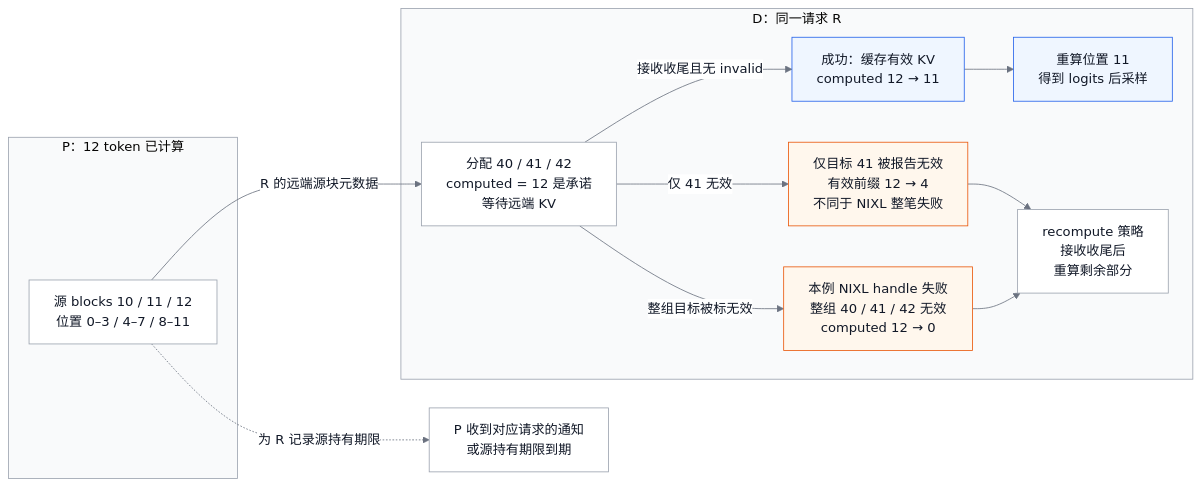
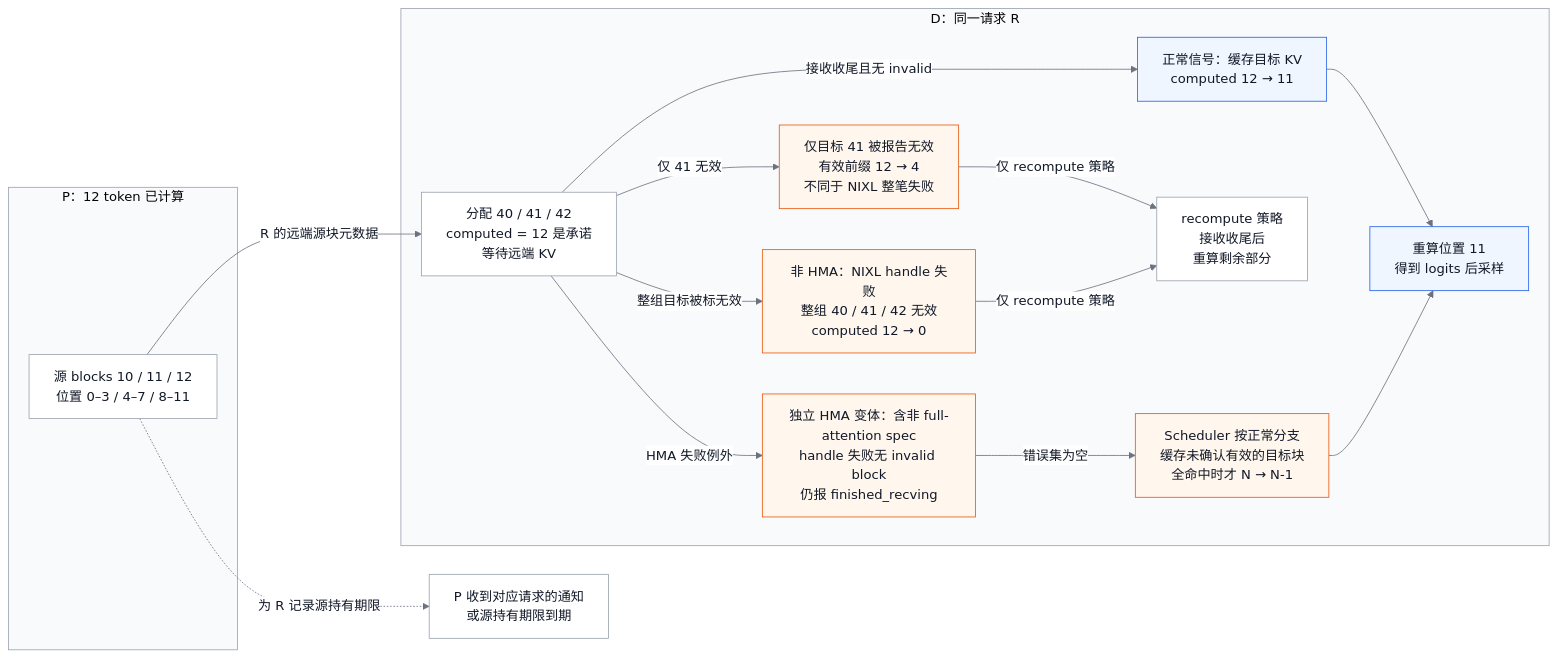
One commit to suhaibo666/llm-knowledge changed the first of 10 diagrams in wiki/02_engineering/03_infer_frameworks/vllm/22_vllm_disaggregated_kv_serving_analysis.md. Above: the diagram before and after it, drawn with Mermaid. The commit also changed other lines of this file and 59 other files, not shown here.

````diff
--- a/wiki/02_engineering/03_infer_frameworks/vllm/22_vllm_disaggregated_kv_serving_analysis.md
+++ b/wiki/02_engineering/03_infer_frameworks/vllm/22_vllm_disaggregated_kv_serving_analysis.md
@@ -96,30 +96,35 @@
 ```mermaid
 %%{init: {"theme":"base","themeVariables":{"primaryColor":"#ffffff","primaryTextColor":"#111827","primaryBorderColor":"#9ca3af","secondaryColor":"#f9fafb","tertiaryColor":"#f9fafb","lineColor":"#6b7280","clusterBkg":"#f9fafb","clusterBorder":"#9ca3af","edgeLabelBackground":"#ffffff","actorBkg":"#ffffff","actorBorder":"#9ca3af","actorTextColor":"#111827","actorLineColor":"#9ca3af","signalColor":"#374151","signalTextColor":"#111827","noteBkgColor":"#fff7ed","noteBorderColor":"#ea580c","noteTextColor":"#111827","labelBoxBkgColor":"#f9fafb","labelBoxBorderColor":"#9ca3af","labelTextColor":"#111827","loopTextColor":"#111827"}}}%%
 flowchart LR
   subgraph P["P：12 token 已计算"]
     S["源 blocks 10 / 11 / 12<br/>位置 0–3 / 4–7 / 8–11"]
   end
   subgraph D["D：同一请求 R"]
     A["分配 40 / 41 / 42<br/>computed = 12 是承诺<br/>等待远端 KV"]
-    V["成功：缓存有效 KV<br/>computed 12 → 11"]
+    V["正常信号：缓存目标 KV<br/>computed 12 → 11"]
     C["重算位置 11<br/>得到 logits 后采样"]
     F["仅目标 41 被报告无效<br/>有效前缀 12 → 4<br/>不同于 NIXL 整笔失败"]
     R["recompute 策略<br/>接收收尾后<br/>重算剩余部分"]
-  H["本例 NIXL handle 失败<br/>整组 40 / 41 / 42 无效<br/>computed 12 → 0"]
+    H["非 HMA：NIXL handle 失败<br/>整组 40 / 41 / 42 无效<br/>computed 12 → 0"]
+    X["独立 HMA 变体：含非 full-attention spec<br/>handle 失败无 invalid block<br/>仍报 finished_recving"]
+    Y["Scheduler 按正常分支<br/>缓存未确认有效的目标块<br/>全命中时才 N → N-1"]
   end
   S -->|R 的远端源块元数据| A
   A -->|接收收尾且无 invalid| V
   V --> C
   A -->|仅 41 无效| F
-  F --> R
+  F -->|仅 recompute 策略| R
   A -->|整组目标被标无效| H
-  H --> R
+  H -->|仅 recompute 策略| R
+  A -->|HMA 失败例外| X
+  X -->|错误集为空| Y
+  Y --> C
   N["P 收到对应请求的通知<br/>或源持有期限到期"]
   S -.->|为 R 记录源持有期限| N
   classDef pending fill:#fff,stroke:#9ca3af,color:#111827;
   classDef ready fill:#eff6ff,stroke:#2563eb,color:#111827;
   classDef failed fill:#fff7ed,stroke:#ea580c,color:#111827;
   class A pending;
   class V,C ready;
-  class F,H failed;
+  class F,H,X,Y failed;
 ```
````
